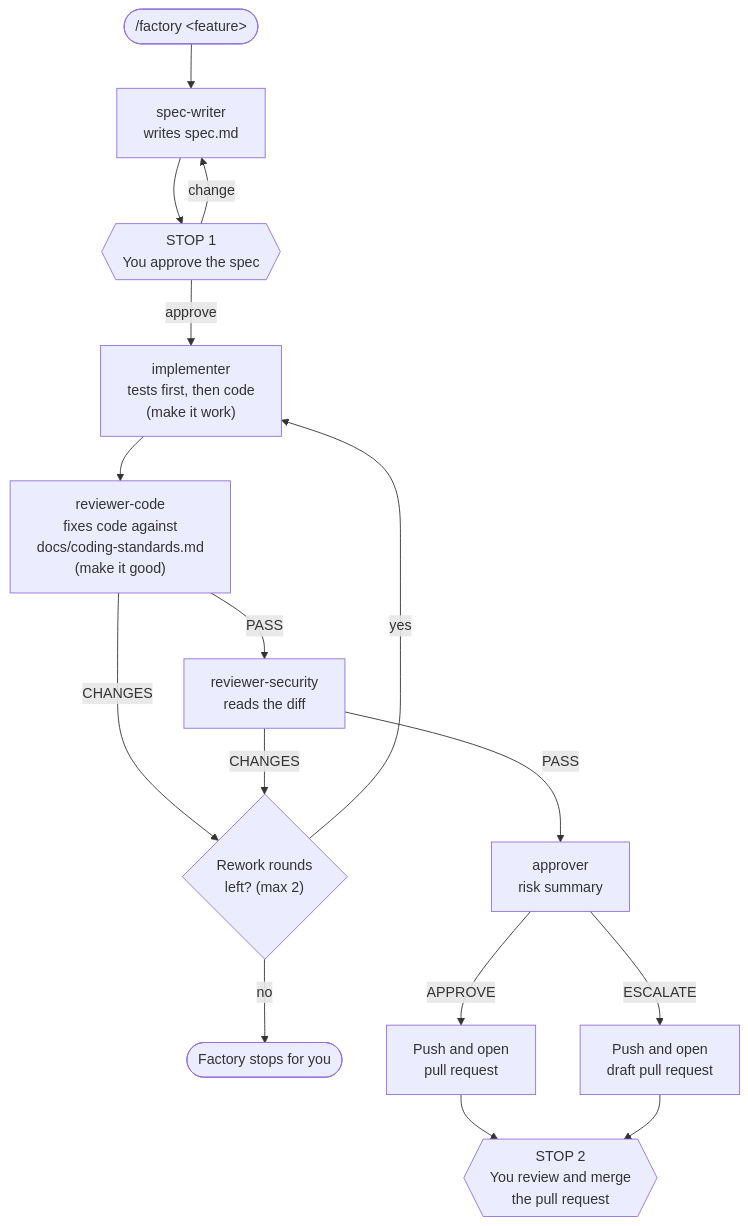
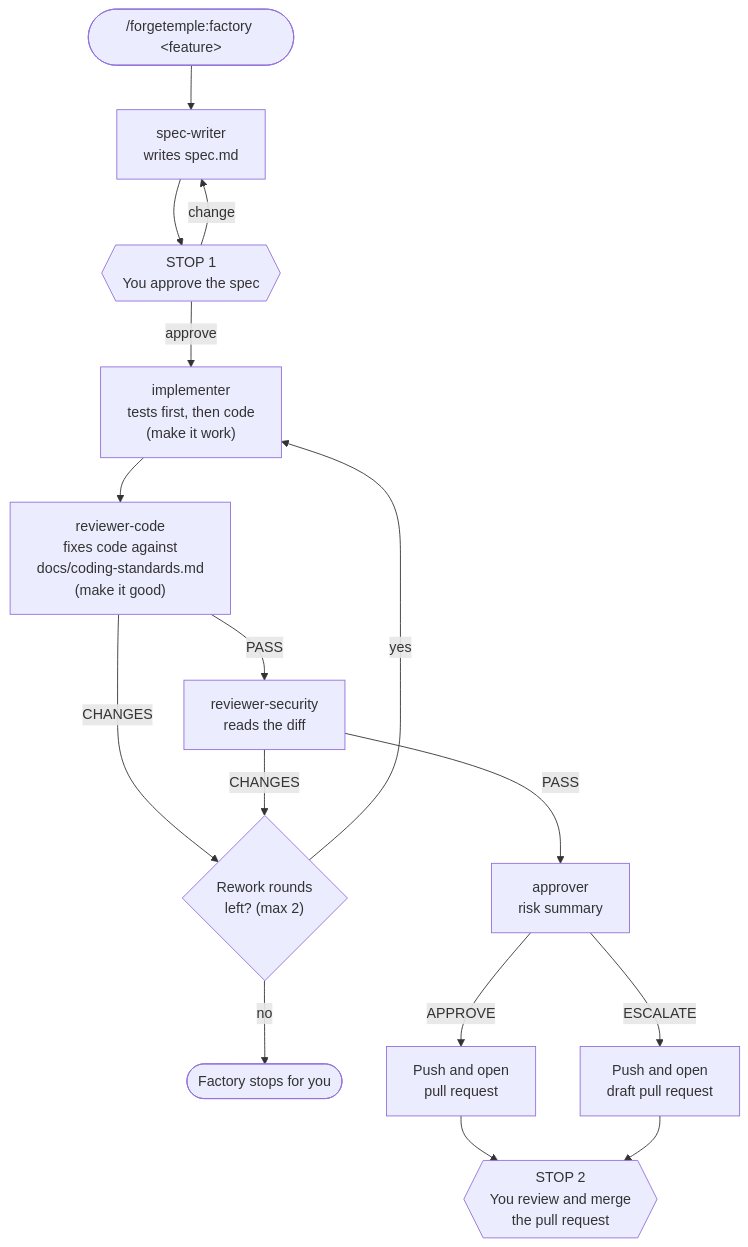
One commit to lechip/forgeTemple changed the diagram in README.md. Above: the diagram before and after it, drawn with Mermaid. The commit also changed other lines of this file and 14 other files, not shown here.

````diff
--- a/README.md
+++ b/README.md
@@ -9,18 +9,18 @@
 ```mermaid
 flowchart TD
-    start(["/factory &lt;feature&gt;"]) --> spec["spec-writer<br/>writes spec.md"]
+    start(["/forgetemple:factory &lt;feature&gt;"]) --> spec["spec-writer<br/>writes spec.md"]
     spec --> stop1{{"STOP 1<br/>You approve the spec"}}
     stop1 -- change --> spec
     stop1 -- approve --> impl["implementer<br/>tests first, then code<br/>(make it work)"]
     impl --> code["reviewer-code<br/>fixes code against<br/>docs/coding-standards.md<br/>(make it good)"]
     code -- CHANGES --> limit{"Rework rounds<br/>left? (max 2)"}
     code -- PASS --> sec["reviewer-security<br/>reads the diff"]
     sec -- CHANGES --> limit
     limit -- yes --> impl
     limit -- no --> human(["Factory stops for you"])
     sec -- PASS --> appr["approver<br/>risk summary"]
     appr -- APPROVE --> pr["Push and open<br/>pull request"]
     appr -- ESCALATE --> draft["Push and open<br/>draft pull request"]
     pr --> stop2{{"STOP 2<br/>You review and merge<br/>the pull request"}}
     draft --> stop2
 ```
````
